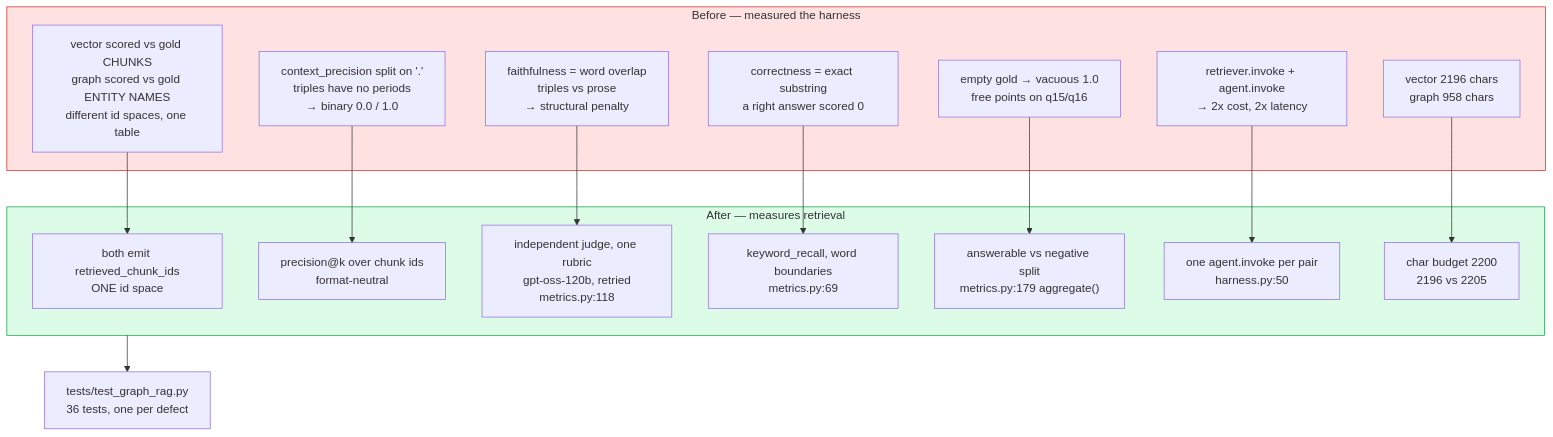
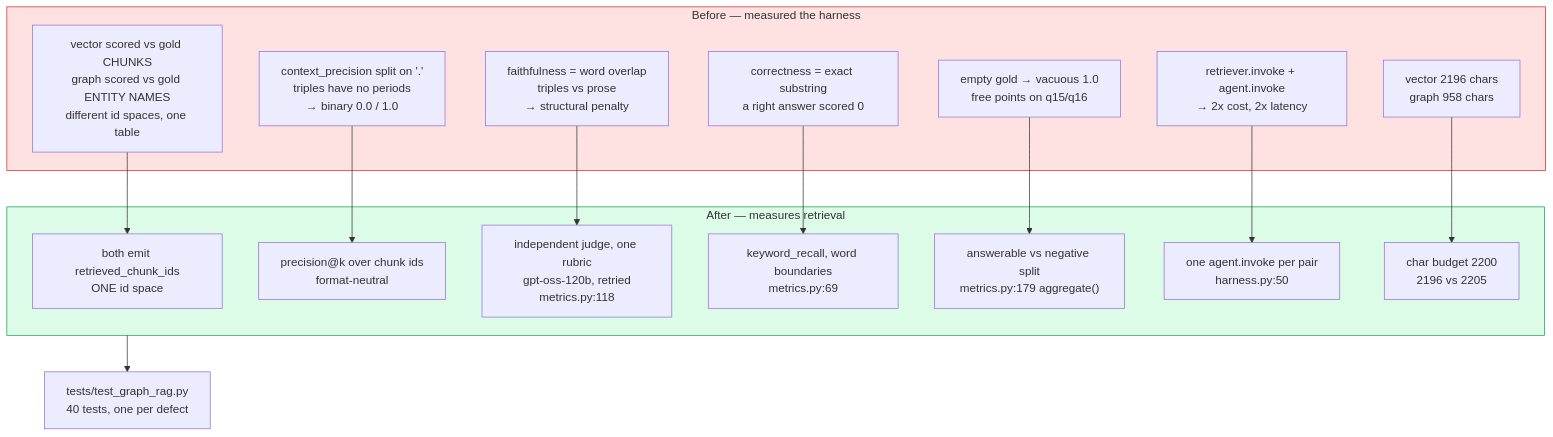
Before and after one commit to manishwvn/graph_rag: the ninth of 9 diagrams in LEARNINGS.md, drawn with Mermaid. The commit also changed other lines of this file and 9 other files, not shown here.

````diff
--- a/LEARNINGS.md
+++ b/LEARNINGS.md
@@ -459,31 +459,31 @@
 ```mermaid
 graph TD
   subgraph BEFORE["Before — measured the harness"]
     B1["vector scored vs gold CHUNKS<br/>graph scored vs gold ENTITY NAMES<br/>different id spaces, one table"]
     B2["context_precision split on '.'<br/>triples have no periods<br/>→ binary 0.0 / 1.0"]
     B3["faithfulness = word overlap<br/>triples vs prose<br/>→ structural penalty"]
     B4["correctness = exact substring<br/>a right answer scored 0"]
     B5["empty gold → vacuous 1.0<br/>free points on q15/q16"]
     B6["retriever.invoke + agent.invoke<br/>→ 2x cost, 2x latency"]
     B7["vector 2196 chars<br/>graph 958 chars"]
   end
   subgraph AFTER["After — measures retrieval"]
     A1["both emit retrieved_chunk_ids<br/>ONE id space"]
     A2["precision@k over chunk ids<br/>format-neutral"]
     A3["independent judge, one rubric<br/>gpt-oss-120b, retried<br/>metrics.py:118"]
     A4["keyword_recall, word boundaries<br/>metrics.py:69"]
     A5["answerable vs negative split<br/>metrics.py:179 aggregate()"]
     A6["one agent.invoke per pair<br/>harness.py:50"]
     A7["char budget 2200<br/>2196 vs 2205"]
   end
   B1 --> A1
   B2 --> A2
   B3 --> A3
   B4 --> A4
   B5 --> A5
   B6 --> A6
   B7 --> A7
-  AFTER --> T["tests/test_graph_rag.py<br/>36 tests, one per defect"]
+  AFTER --> T["tests/test_graph_rag.py<br/>40 tests, one per defect"]
   style AFTER fill:#DCFCE7,stroke:#16A34A
   style BEFORE fill:#FEE2E2,stroke:#DC2626
 ```
````
